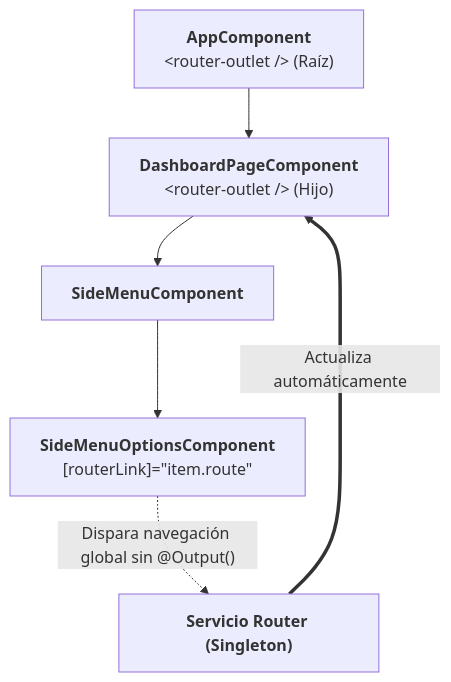
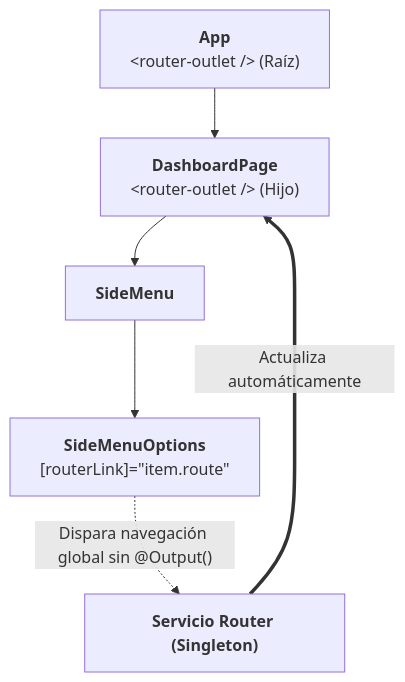
The seventh of 7 diagrams in docs/06-gifs-componentes.md (Jose-Quesada/materiales_angular), drawn with Mermaid before and after one commit. The commit also changed other lines of this file and 37 other files, not shown here.

````diff
--- a/docs/06-gifs-componentes.md
+++ b/docs/06-gifs-componentes.md
@@ -704,9 +860,9 @@
 ``` mermaid
 flowchart TD
-    App["<b>AppComponent</b><br/>&lt;router-outlet /&gt; (Raíz)"] --> Dashboard["<b>DashboardPageComponent</b><br/>&lt;router-outlet /&gt; (Hijo)"]
-    Dashboard --> SideMenu["<b>SideMenuComponent</b>"]
-    SideMenu --> Options["<b>SideMenuOptionsComponent</b><br/>[routerLink]=&quot;item.route&quot;"]
+    App["<b>App</b><br/>&lt;router-outlet /&gt; (Raíz)"] --> Dashboard["<b>DashboardPage</b><br/>&lt;router-outlet /&gt; (Hijo)"]
+    Dashboard --> SideMenu["<b>SideMenu</b>"]
+    SideMenu --> Options["<b>SideMenuOptions</b><br/>[routerLink]=&quot;item.route&quot;"]
     
     Options -.->|"Dispara navegación global sin @Output()"| RouterService["<b>Servicio Router (Singleton)</b>"]
     RouterService ==>|"Actualiza automáticamente"| Dashboard
 ```
````
